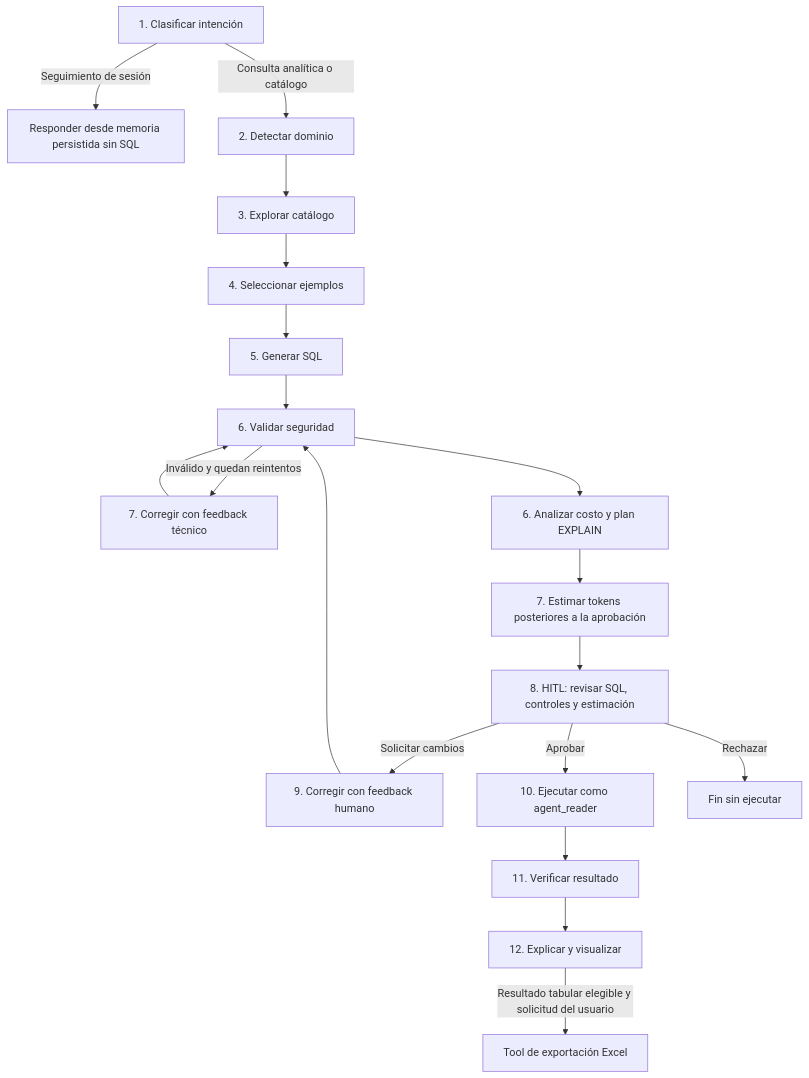
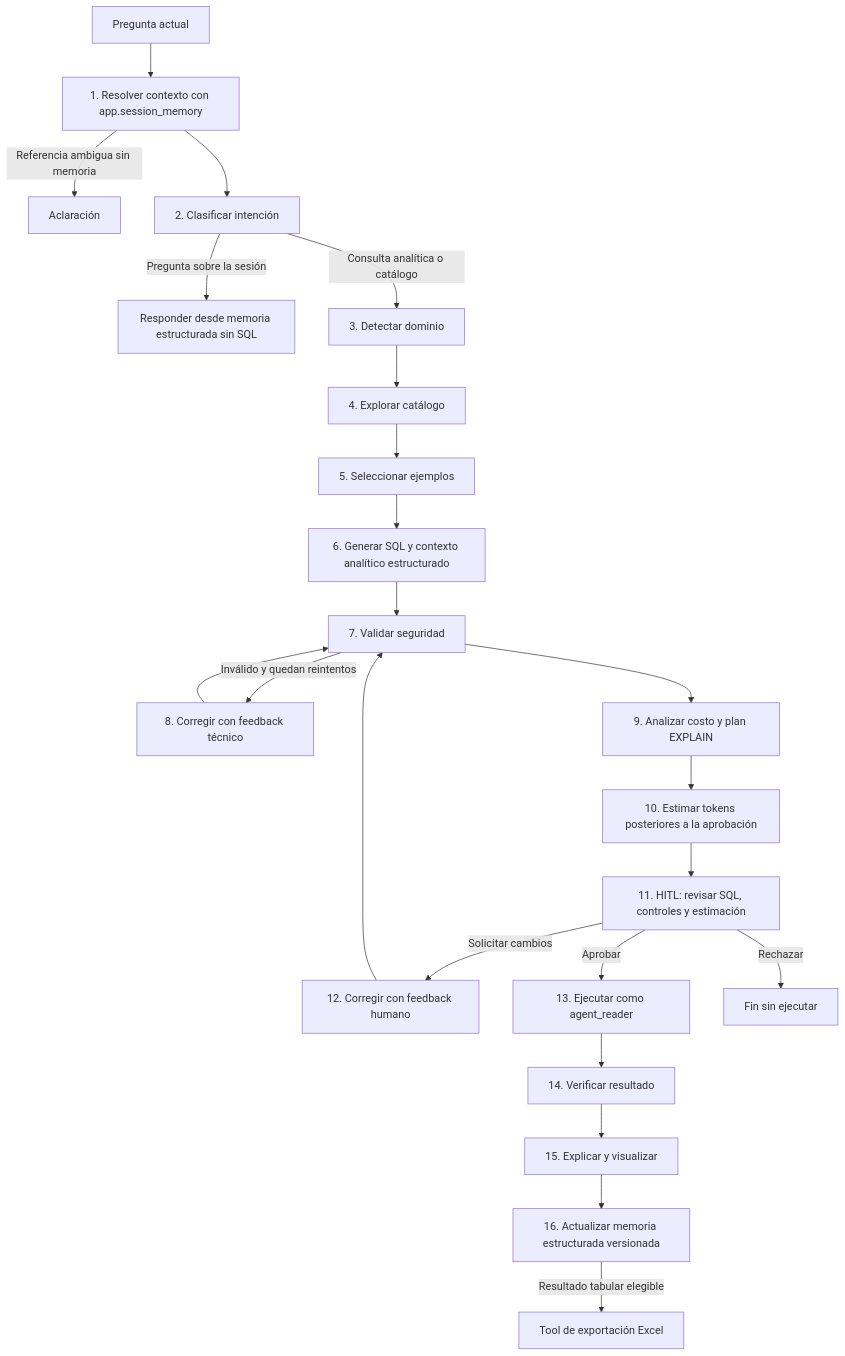
One commit to edgarrth/multiagente-sql-reporter changed the second of 4 diagrams in README.md. Above: the diagram before and after it, drawn with Mermaid. The commit also changed other lines of this file and 23 other files, not shown here.

Commit message:
agregando memoria conversacional estructurada

````diff
--- a/README.md
+++ b/README.md
@@ -125,21 +132,25 @@
 ```mermaid
 flowchart TD
-    A[1. Clasificar intención] -->|Seguimiento de sesión| M[Responder desde memoria persistida sin SQL]
-    A -->|Consulta analítica o catálogo| B[2. Detectar dominio]
-    B --> C[3. Explorar catálogo]
-    C --> D[4. Seleccionar ejemplos]
-    D --> E[5. Generar SQL]
-    E --> H[6. Validar seguridad]
-    H -->|Inválido y quedan reintentos| G[7. Corregir con feedback técnico]
+    Q[Pregunta actual] --> R[1. Resolver contexto con app.session_memory]
+    R -->|Referencia ambigua sin memoria| CL[Aclaración]
+    R --> A[2. Clasificar intención]
+    A -->|Pregunta sobre la sesión| M[Responder desde memoria estructurada sin SQL]
+    A -->|Consulta analítica o catálogo| B[3. Detectar dominio]
+    B --> C[4. Explorar catálogo]
+    C --> D[5. Seleccionar ejemplos]
+    D --> E[6. Generar SQL y contexto analítico estructurado]
+    E --> H[7. Validar seguridad]
+    H -->|Inválido y quedan reintentos| G[8. Corregir con feedback técnico]
     G --> H
-    H --> I[6. Analizar costo y plan EXPLAIN]
-    I --> T[7. Estimar tokens posteriores a la aprobación]
-    T --> F[8. HITL: revisar SQL, controles y estimación]
-    F -->|Solicitar cambios| C2[9. Corregir con feedback humano]
+    H --> I[9. Analizar costo y plan EXPLAIN]
+    I --> T[10. Estimar tokens posteriores a la aprobación]
+    T --> F[11. HITL: revisar SQL, controles y estimación]
+    F -->|Solicitar cambios| C2[12. Corregir con feedback humano]
     C2 --> H
-    F -->|Aprobar| J[10. Ejecutar como agent_reader]
-    J --> K[11. Verificar resultado]
-    K --> L[12. Explicar y visualizar]
-    L -->|Resultado tabular elegible y solicitud del usuario| X[Tool de exportación Excel]
+    F -->|Aprobar| J[13. Ejecutar como agent_reader]
+    J --> K[14. Verificar resultado]
+    K --> L[15. Explicar y visualizar]
+    L --> PM[16. Actualizar memoria estructurada versionada]
+    PM -->|Resultado tabular elegible| X[Tool de exportación Excel]
     F -->|Rechazar| Z[Fin sin ejecutar]
 ```
````
